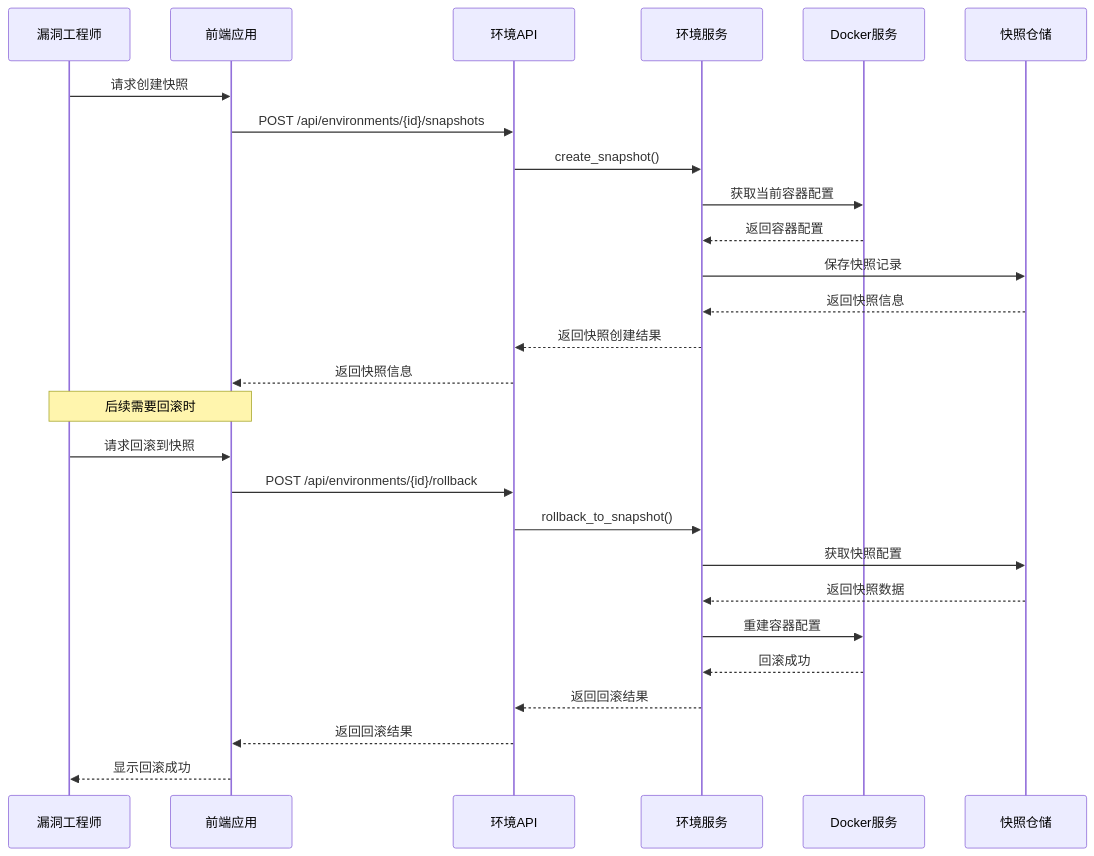
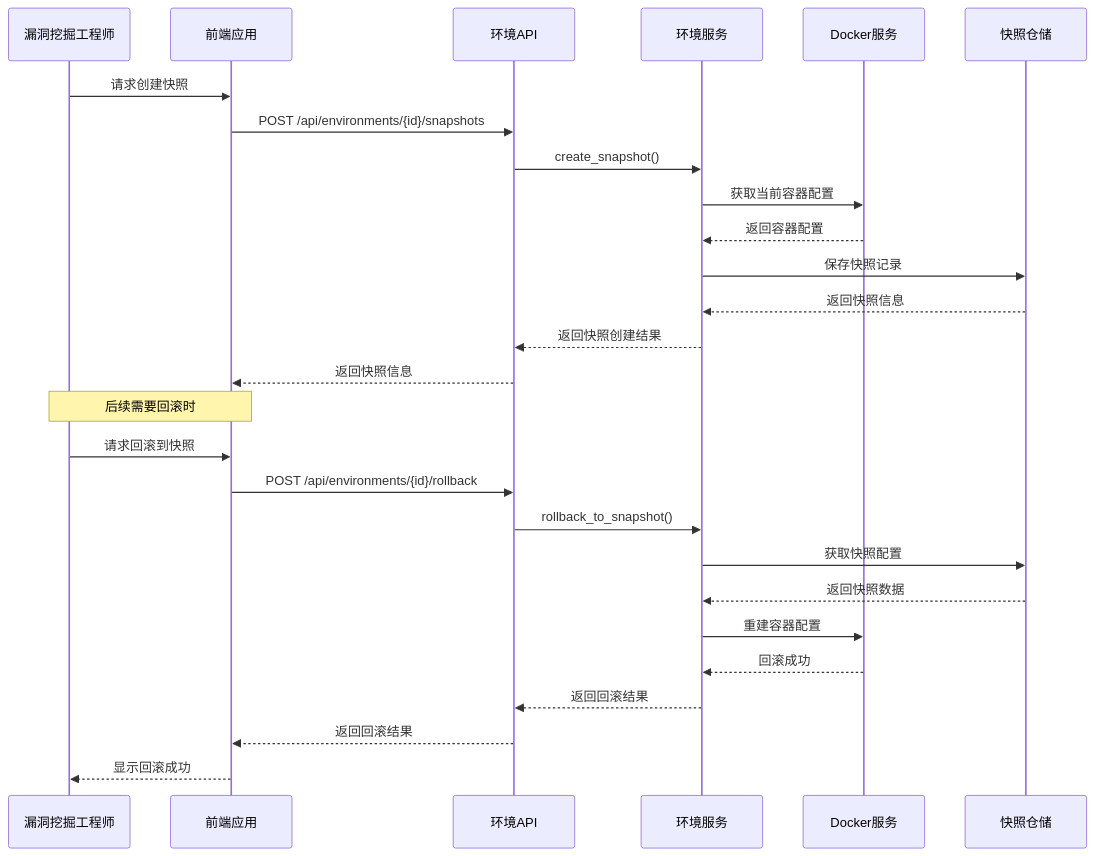
Before and after one commit to dayutech/Vuln-Audit-Lifecycle-Management: the fifth of 14 diagrams in docs/design/sequence_diagram.md, drawn with Mermaid. The commit also changed other lines of this file and 11 other files, not shown here.

````diff
--- a/docs/design/sequence_diagram.md
+++ b/docs/design/sequence_diagram.md
@@ -115,32 +115,32 @@
 ```mermaid
 sequenceDiagram
-    participant Engineer as 漏洞工程师
+    participant Engineer as 漏洞挖掘工程师
     participant Frontend as 前端应用
     participant EnvAPI as 环境API
     participant EnvService as 环境服务
     participant DockerService as Docker服务
     participant SnapshotRepo as 快照仓储
 
     Engineer->>Frontend: 请求创建快照
     Frontend->>EnvAPI: POST /api/environments/{id}/snapshots
     EnvAPI->>EnvService: create_snapshot()
     EnvService->>DockerService: 获取当前容器配置
     DockerService-->>EnvService: 返回容器配置
     EnvService->>SnapshotRepo: 保存快照记录
     SnapshotRepo-->>EnvService: 返回快照信息
     EnvService-->>EnvAPI: 返回快照创建结果
     EnvAPI-->>Frontend: 返回快照信息
     
     Note over Engineer,Frontend: 后续需要回滚时
     
     Engineer->>Frontend: 请求回滚到快照
     Frontend->>EnvAPI: POST /api/environments/{id}/rollback
     EnvAPI->>EnvService: rollback_to_snapshot()
     EnvService->>SnapshotRepo: 获取快照配置
     SnapshotRepo-->>EnvService: 返回快照数据
     EnvService->>DockerService: 重建容器配置
     DockerService-->>EnvService: 回滚成功
     EnvService-->>EnvAPI: 返回回滚结果
     EnvAPI-->>Frontend: 返回回滚结果
     Frontend-->>Engineer: 显示回滚成功
 ```
````
